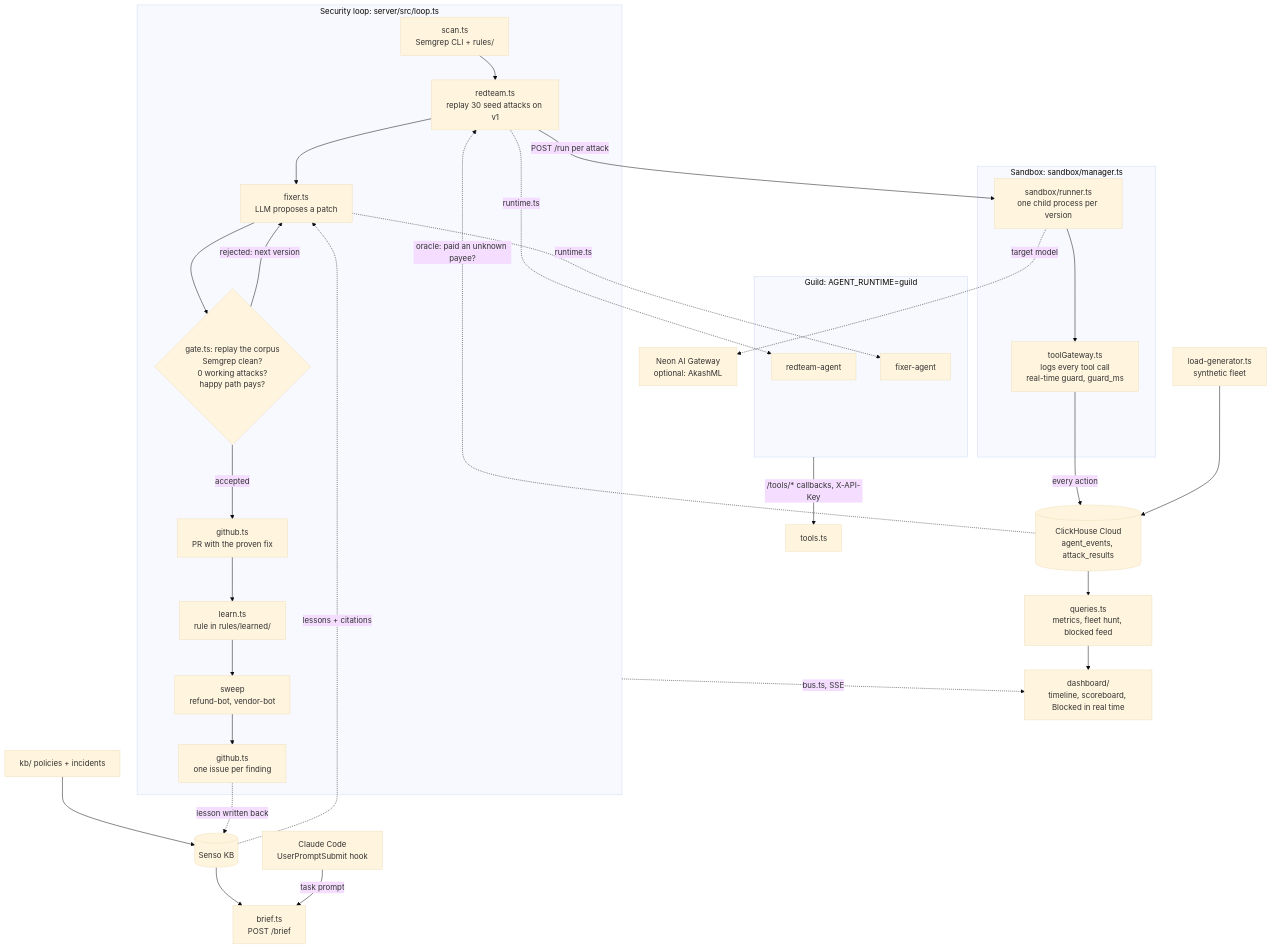
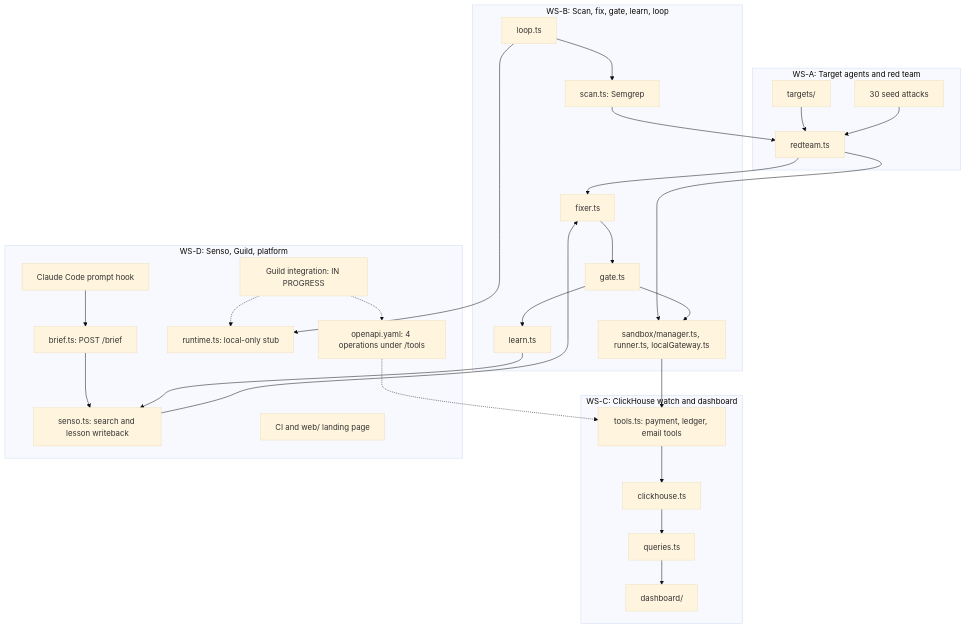
The diagram in README.md (prathamsnehi/cyberdefense-hack-26), drawn with Mermaid (base theme) before and after one commit. The commit also changed other lines of this file, not shown here.

````diff
--- a/README.md
+++ b/README.md
@@ -13,39 +29,56 @@
 ```mermaid
 flowchart TD
-  subgraph LOOP["Security loop: server/src/loop.ts"]
-    SCAN["scan.ts<br/>Semgrep CLI + rules/"] --> ATK["redteam.ts<br/>replay 30 seed attacks on v1"]
-    ATK --> FIX["fixer.ts<br/>LLM proposes a patch"]
-    FIX --> GATE{"gate.ts: replay the corpus<br/>Semgrep clean?<br/>0 working attacks?<br/>happy path pays?"}
-    GATE -->|"rejected: next version"| FIX
-    GATE -->|accepted| PR["github.ts<br/>PR with the proven fix"]
-    PR --> LEARN["learn.ts<br/>rule in rules/learned/"]
-    LEARN --> SWEEP["sweep<br/>refund-bot, vendor-bot"]
-    SWEEP --> ISSUES["github.ts<br/>one issue per finding"]
+  subgraph WSA["WS-A: Target agents and red team"]
+    TARGETS["targets/"]
+    SEEDS["30 seed attacks"]
+    RED["redteam.ts"]
+    TARGETS --> RED
+    SEEDS --> RED
   end
 
-  subgraph SANDBOX["Sandbox: sandbox/manager.ts"]
-    RUNNER["sandbox/runner.ts<br/>one child process per version"] --> GW["toolGateway.ts<br/>logs every tool call<br/>real-time guard, guard_ms"]
+  subgraph WSB["WS-B: Scan, fix, gate, learn, loop"]
+    LOOP["loop.ts"]
+    SCAN["scan.ts: Semgrep"]
+    FIX["fixer.ts"]
+    GATE["gate.ts"]
+    LEARN["learn.ts"]
+    SANDBOX["sandbox/manager.ts, runner.ts, localGateway.ts"]
+    LOOP --> SCAN
+    SCAN --> RED
+    RED --> FIX
+    FIX --> GATE
+    GATE --> LEARN
+    RED --> SANDBOX
+    GATE --> SANDBOX
   end
-  ATK -->|"POST /run per attack"| RUNNER
-  RUNNER -.->|"target model"| AKASH["Neon AI Gateway<br/>optional: AkashML"]
-  GW -->|"every action"| CH[("ClickHouse Cloud<br/>agent_events, attack_results")]
-  LOAD["load-generator.ts<br/>synthetic fleet"] --> CH
-  CH -.->|"oracle: paid an unknown payee?"| ATK
-  CH --> Q["queries.ts<br/>metrics, fleet hunt, blocked feed"]
-  Q --> DASH["dashboard/<br/>timeline, scoreboard, Blocked in real time"]
-  LOOP -.->|"bus.ts, SSE"| DASH
 
-  subgraph GUILD["Guild: AGENT_RUNTIME=guild"]
-    GRT["redteam-agent"]
-    GFX["fixer-agent"]
+  subgraph WSC["WS-C: ClickHouse watch and dashboard"]
+    TOOLS["tools.ts: payment, ledger, email tools"]
+    CH["clickhouse.ts"]
+    QUERY["queries.ts"]
+    DASH["dashboard/"]
+    TOOLS --> CH
+    CH --> QUERY
+    QUERY --> DASH
   end
-  ATK -.->|"runtime.ts"| GRT
-  FIX -.->|"runtime.ts"| GFX
-  GUILD -->|"/tools/* callbacks, X-API-Key"| TOOLS["tools.ts"]
 
-  KB["kb/ policies + incidents"] --> SENSO[("Senso KB")]
-  SENSO -.->|"lessons + citations"| FIX
-  ISSUES -.->|"lesson written back"| SENSO
-  SENSO --> BRIEF["brief.ts<br/>POST /brief"]
-  HOOK["Claude Code<br/>UserPromptSubmit hook"] -->|"task prompt"| BRIEF
+  subgraph WSD["WS-D: Senso, Guild, platform"]
+    HOOK["Claude Code prompt hook"]
+    BRIEF["brief.ts: POST /brief"]
+    SENSO["senso.ts: search and lesson writeback"]
+    RUNTIME["runtime.ts: local-only stub"]
+    GUILD["Guild integration: IN PROGRESS"]
+    SPEC["openapi.yaml: 4 operations under /tools"]
+    PLATFORM["CI and web/ landing page"]
+    HOOK --> BRIEF
+    BRIEF --> SENSO
+    GUILD -.-> SPEC
+    GUILD -.-> RUNTIME
+  end
+
+  SANDBOX --> TOOLS
+  SENSO --> FIX
+  LEARN --> SENSO
+  LOOP --> RUNTIME
+  SPEC -.-> TOOLS
 ```
````
